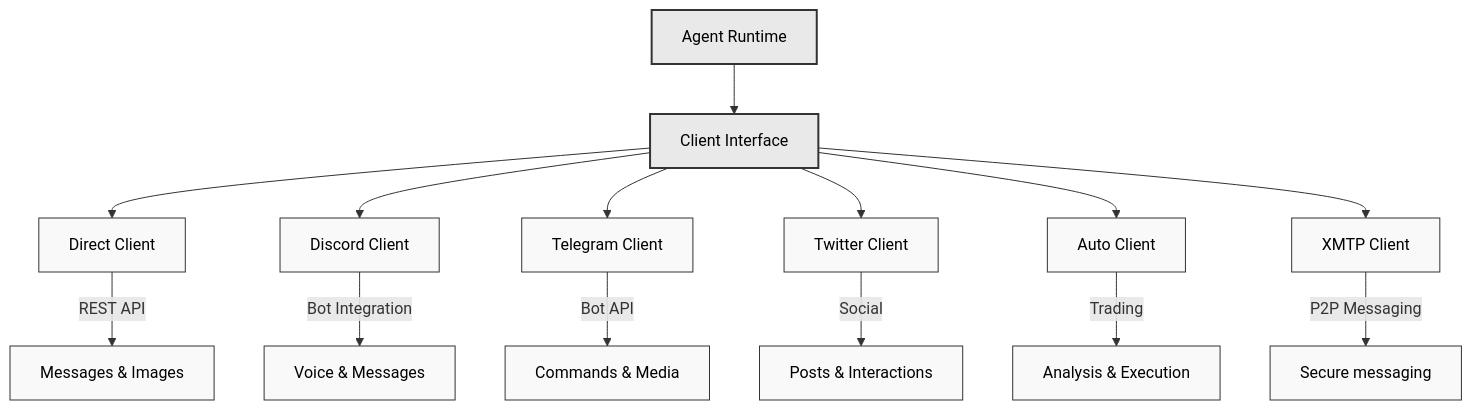
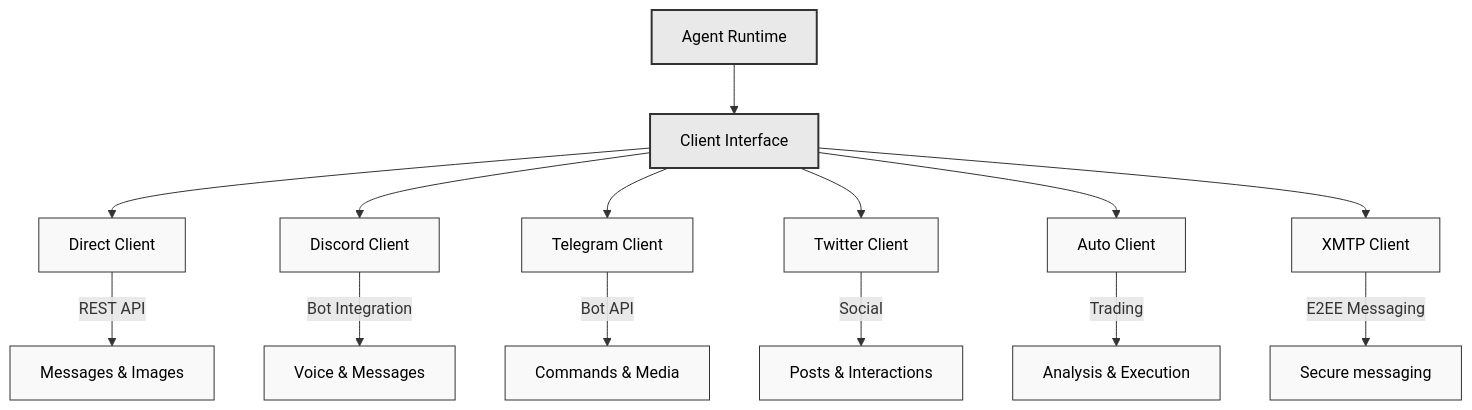
Before and after one commit to ephemeraHQ/client-xmtp: the diagram in README.md, drawn with Mermaid.

Commit message:
e2ee reference

````diff
--- a/README.md
+++ b/README.md
@@ -7,28 +7,28 @@
 ```mermaid
 graph TD
     RT["Agent Runtime"]
     CI["Client Interface"]
     RT --> CI
 
     %% Main Clients
     CI --> DC["Direct Client"]
     CI --> DSC["Discord Client"]
     CI --> TC["Telegram Client"]
     CI --> TWC["Twitter Client"]
     CI --> AC["Auto Client"]
     CI --> XMTP["XMTP Client"]
 
     %% Key Features - one per client for clarity
     DC --> |"REST API"| DC1["Messages & Images"]
     DSC --> |"Bot Integration"| DSC1["Voice & Messages"]
     TC --> |"Bot API"| TC1["Commands & Media"]
     TWC --> |"Social"| TWC1["Posts & Interactions"]
     AC --> |"Trading"| AC1["Analysis & Execution"]
-    XMTP --> |"P2P Messaging"| XMTP1["Secure messaging"]
+    XMTP --> |"E2EE Messaging"| XMTP1["Secure messaging"]
 
     %% Simple styling with better contrast and black text
     classDef default fill:#f9f9f9,stroke:#333,stroke-width:1px,color:black
     classDef highlight fill:#e9e9e9,stroke:#333,stroke-width:2px,color:black
 
     class RT,CI highlight
 ```
````
